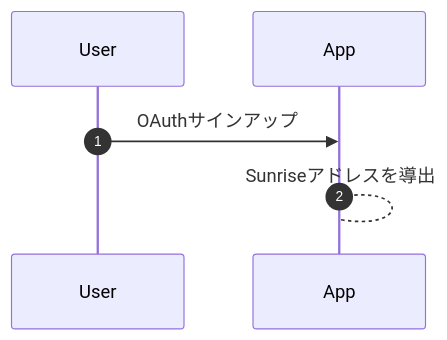
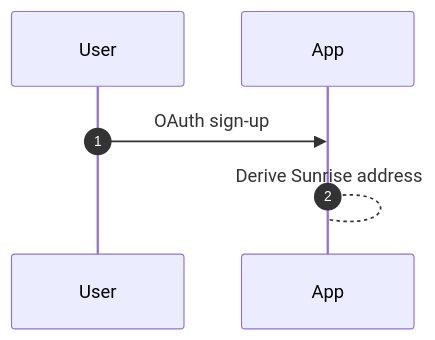
The first of 8 diagrams in ja/learn/gluon.md (sunriselayer/gitbook), drawn with Mermaid before and after one commit. The commit also changed other lines of this file and 19 other files, not shown here.

````diff
--- a/ja/learn/gluon.md
+++ b/ja/learn/gluon.md
@@ -45,6 +45,6 @@
 ```mermaid
 sequenceDiagram
     autonumber
-    User  ->>  App     : OAuthサインアップ
-    App   -->  App     : Sunriseアドレスを導出
+    User  ->>  App     : OAuth sign-up
+    App   -->  App     : Derive Sunrise address
 ```
````
